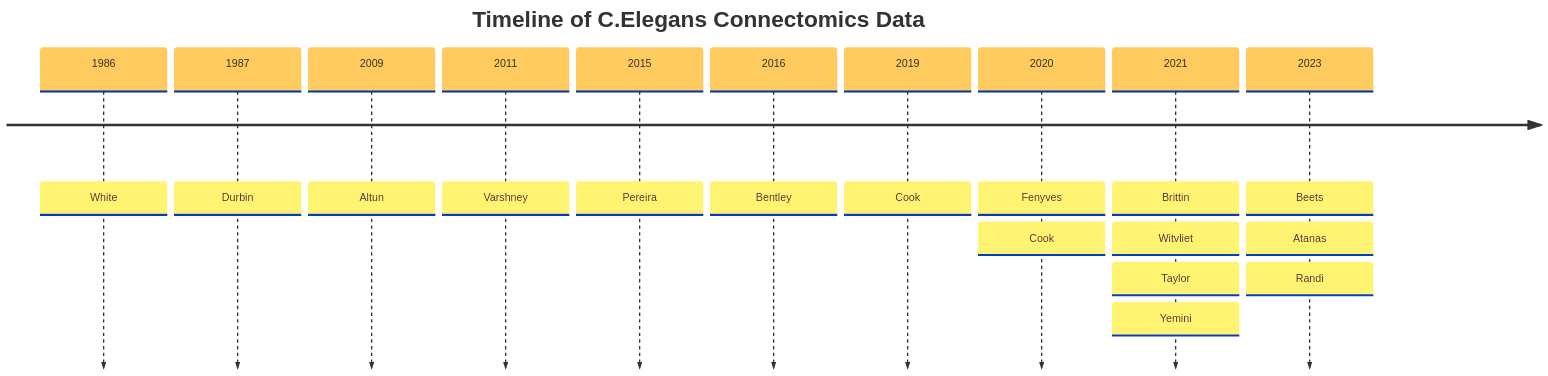
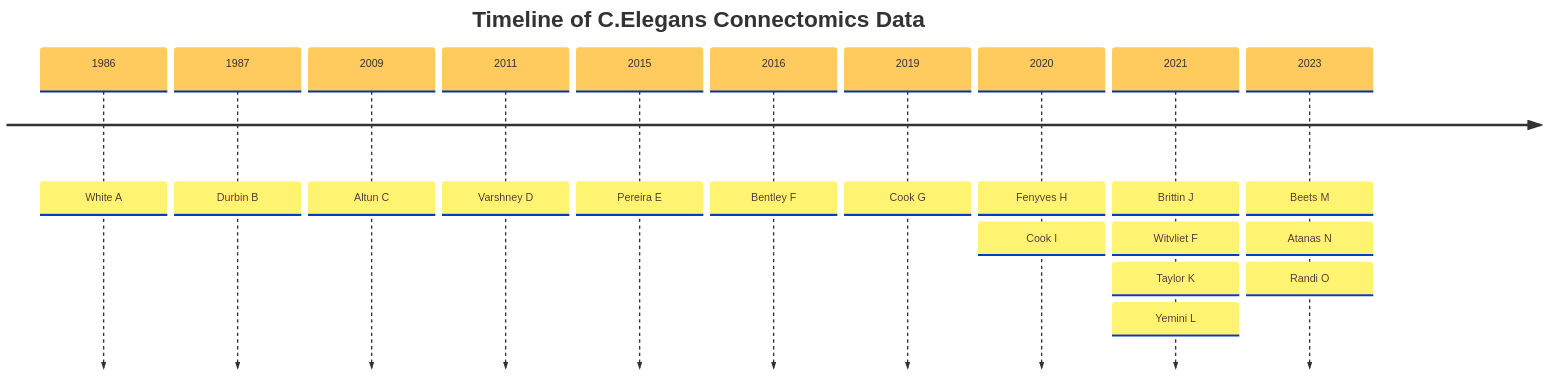
One commit to yasinthanvickneswaran/mermaidtest changed the first of 2 diagrams in README.md. Above: the diagram before and after it, drawn with Mermaid. The commit also changed other lines of this file, not shown here.

````diff
--- a/README.md
+++ b/README.md
@@ -1,21 +1,21 @@
 ```mermaid
 %%{init: { 'logLevel': 'debug', 'theme': 'base', 'timeline': {'disableMulticolor': true}}}%%
   timeline
     title Timeline of C.Elegans Connectomics Data
-    1986 : White
-    1987 : Durbin
-    2009 : Altun
-    2011 : Varshney
-    2015 : Pereira
-    2016 : Bentley
-    2019 : Cook
-    2020 : Fenyves
-         : Cook
-    2021 : Brittin
-         : Witvliet
-         : Taylor
-         : Yemini
-    2023 : Beets
-         : Atanas
-         : Randi
+    1986 : White A
+    1987 : Durbin B
+    2009 : Altun C
+    2011 : Varshney D
+    2015 : Pereira E
+    2016 : Bentley F
+    2019 : Cook G
+    2020 : Fenyves H
+         : Cook I
+    2021 : Brittin J
+         : Witvliet F
+         : Taylor K
+         : Yemini L
+    2023 : Beets M
+         : Atanas N
+         : Randi O
 ```
````
